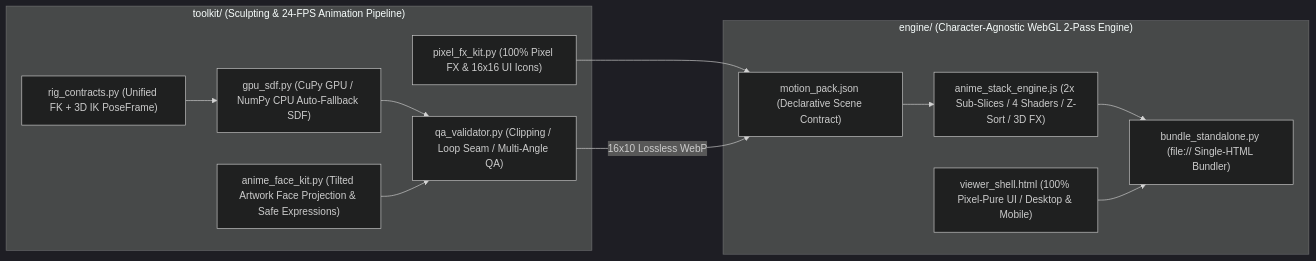
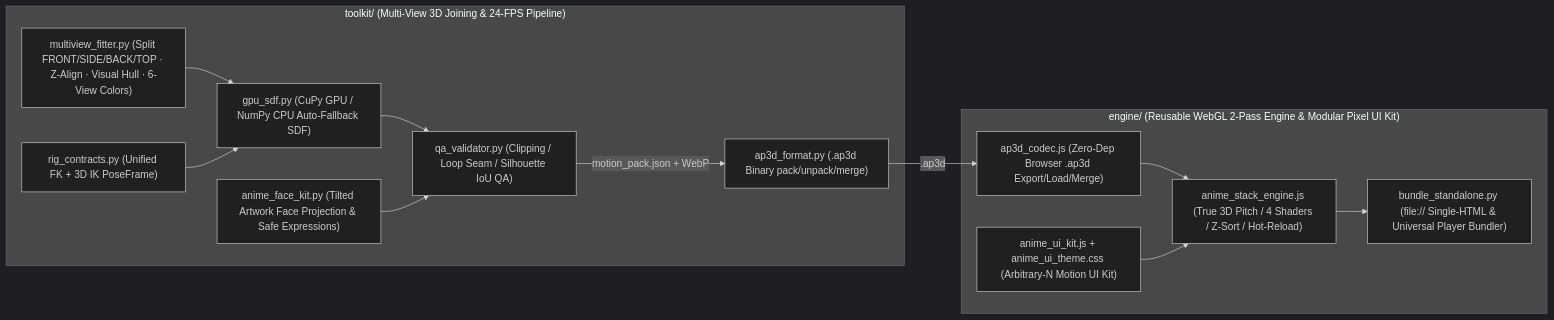
One commit to kuraneko1/anime-pseudo-3d changed the diagram in README.en.md. Above: the diagram before and after it, drawn with Mermaid (dark theme). The commit also changed other lines of this file and 18 other files, not shown here.

Commit message:
Add reusable AnimeUIKit (arbitrary-N motions), .ap3d binary package codec/player & multi-view 3D joining pipeline

````diff
--- a/README.en.md
+++ b/README.en.md
@@ -121,26 +121,28 @@
 ```mermaid
 flowchart LR
-  subgraph T1["toolkit/ (Sculpting & 24-FPS Animation Pipeline)"]
+  subgraph T1["toolkit/ (Multi-View 3D Joining & 24-FPS Pipeline)"]
+    MV["multiview_fitter.py (Split FRONT/SIDE/BACK/TOP · Z-Align · Visual Hull · 6-View Colors)"]
     SDF["gpu_sdf.py (CuPy GPU / NumPy CPU Auto-Fallback SDF)"]
     FACE["anime_face_kit.py (Tilted Artwork Face Projection & Safe Expressions)"]
     RIG["rig_contracts.py (Unified FK + 3D IK PoseFrame)"]
-    FXK["pixel_fx_kit.py (100% Pixel FX & 16x16 UI Icons)"]
-    QA["qa_validator.py (Clipping / Loop Seam / Multi-Angle QA)"]
+    QA["qa_validator.py (Clipping / Loop Seam / Silhouette IoU QA)"]
+    AP3D["ap3d_format.py (.ap3d Binary pack/unpack/merge)"]
   end
 
-  subgraph E1["engine/ (Character-Agnostic WebGL 2-Pass Engine)"]
-    PACK["motion_pack.json (Declarative Scene Contract)"]
-    GL["anime_stack_engine.js (2x Sub-Slices / 4 Shaders / Z-Sort / 3D FX)"]
-    UI["viewer_shell.html (100% Pixel-Pure UI / Desktop & Mobile)"]
-    BND["bundle_standalone.py (file:// Single-HTML Bundler)"]
+  subgraph E1["engine/ (Reusable WebGL 2-Pass Engine & Modular Pixel UI Kit)"]
+    CODEC["ap3d_codec.js (Zero-Dep Browser .ap3d Export/Load/Merge)"]
+    UIKIT["anime_ui_kit.js + anime_ui_theme.css (Arbitrary-N Motion UI Kit)"]
+    GL["anime_stack_engine.js (True 3D Pitch / 4 Shaders / Z-Sort / Hot-Reload)"]
+    BND["bundle_standalone.py (file:// Single-HTML & Universal Player Bundler)"]
   end
 
+  MV --> SDF
   SDF --> QA
   FACE --> QA
   RIG --> SDF
-  FXK --> PACK
-  QA -->|"16x10 Lossless WebP"| PACK
-  PACK --> GL
+  QA -->|"motion_pack.json + WebP"| AP3D
+  AP3D -->|".ap3d"| CODEC
+  CODEC --> GL
+  UIKIT --> GL
   GL --> BND
-  UI --> BND
 ```
````
